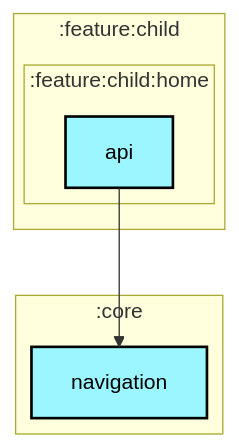
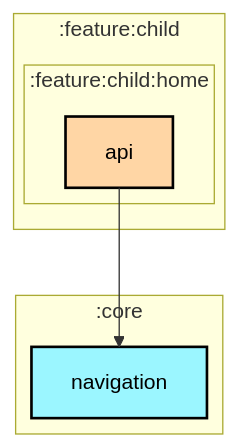
One commit to jadavchirag/jadavchirag changed the first of 2 diagrams in architecture/ParentalControlApps/feature/child/home/api/README.md. Above: the diagram before and after it, drawn with Mermaid. The commit also changed 26 other files, not shown here.

Commit message:
fixed feature module colors in graphs

````diff
--- a/architecture/ParentalControlApps/feature/child/home/api/README.md
+++ b/architecture/ParentalControlApps/feature/child/home/api/README.md
@@ -6,29 +6,29 @@
 ```mermaid
 ---
 config:
   layout: elk
   elk:
     nodePlacementStrategy: SIMPLE
 ---
 graph TB
   subgraph :feature:child
     direction TB
     subgraph :feature:child:home
       direction TB
-      :feature:child:home:api[api]:::android-library
+      :feature:child:home:api[api]:::android-feature
     end
   end
   subgraph :core
     direction TB
     :core:navigation[navigation]:::android-library
   end
 
   :feature:child:home:api --> :core:navigation
 
 classDef android-application fill:#CAFFBF,stroke:#000,stroke-width:2px,color:#000;
 classDef android-feature fill:#FFD6A5,stroke:#000,stroke-width:2px,color:#000;
 classDef android-library fill:#9BF6FF,stroke:#000,stroke-width:2px,color:#000;
 classDef android-test fill:#A0C4FF,stroke:#000,stroke-width:2px,color:#000;
 classDef jvm-library fill:#BDB2FF,stroke:#000,stroke-width:2px,color:#000;
 classDef unknown fill:#FFADAD,stroke:#000,stroke-width:2px,color:#000;
 ```
````
